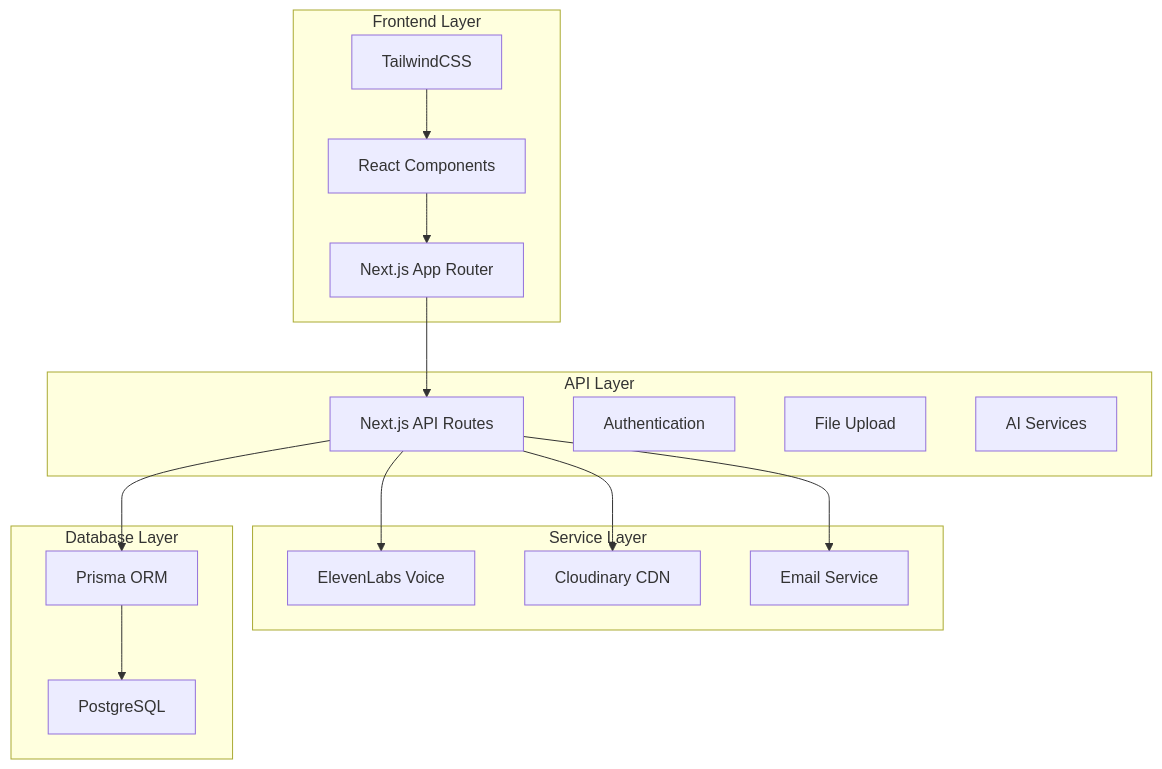
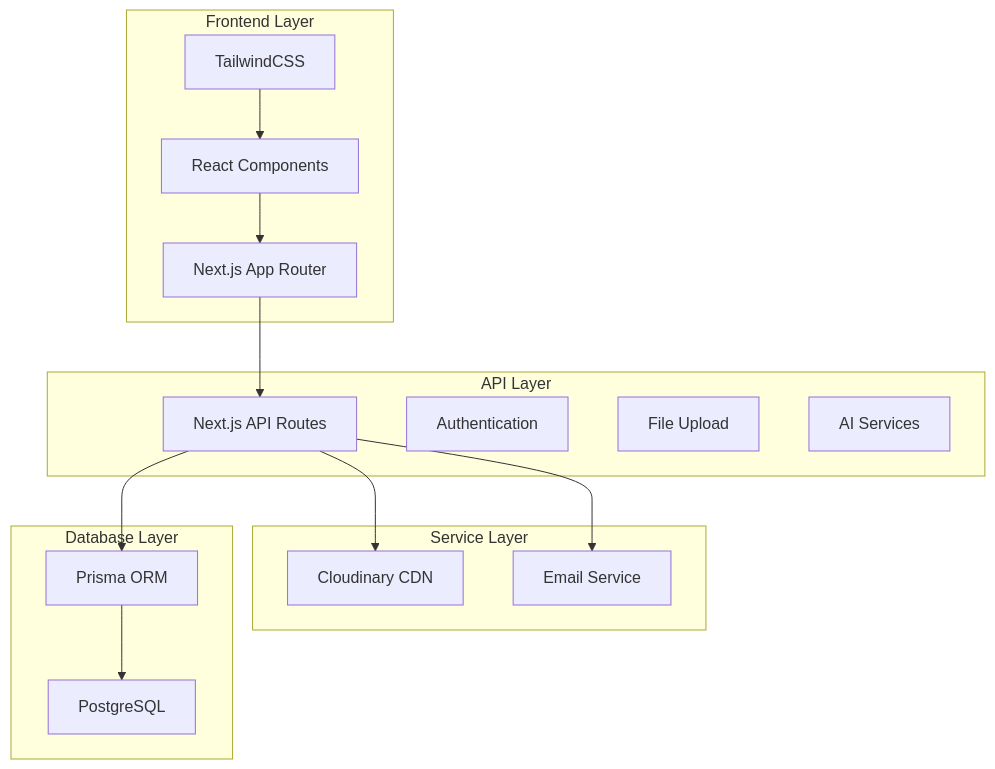
One commit to powered-by-kinesis/kinesis-hr changed the diagram in README.md. Above: the diagram before and after it, drawn with Mermaid. The commit also changed other lines of this file and 2 other files, not shown here.

````diff
--- a/README.md
+++ b/README.md
@@ -83,35 +98,33 @@
 ```mermaid
 graph TB
     subgraph "Frontend Layer"
         A[Next.js App Router]
         B[React Components]
         C[TailwindCSS]
     end
 
     subgraph "API Layer"
         D[Next.js API Routes]
         E[Authentication]
         F[File Upload]
         G[AI Services]
     end
 
     subgraph "Service Layer"
-        H[ElevenLabs Voice]
         I[Cloudinary CDN]
         J[Email Service]
     end
 
     subgraph "Database Layer"
         K[PostgreSQL]
         L[Prisma ORM]
     end
 
     A --> D
     B --> A
     C --> B
-    D --> H
     D --> I
     D --> J
     D --> L
     L --> K
 ```
````
